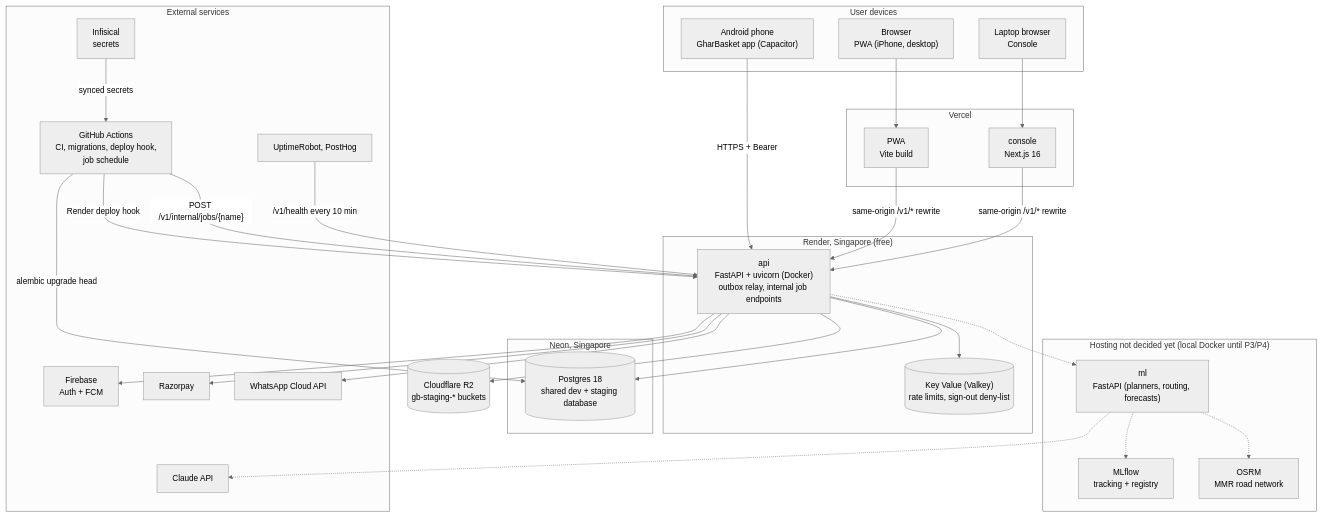
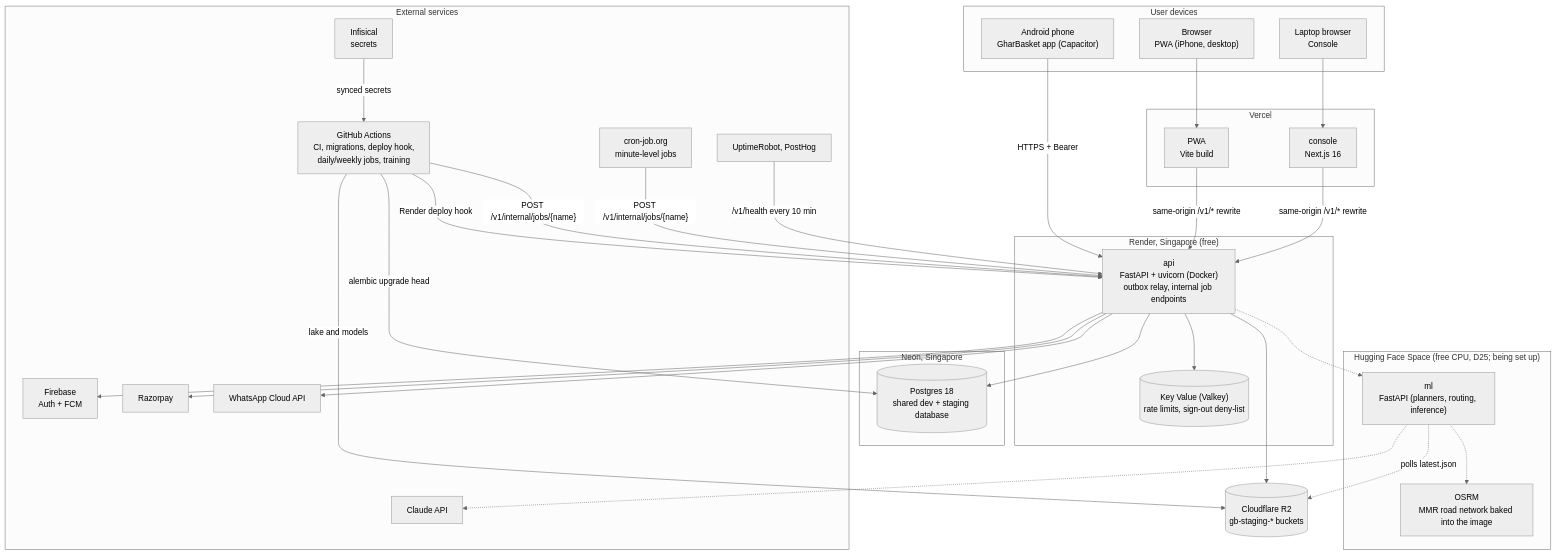
The diagram in docs/handbook/12-deployment-and-operations.md (prelekar7/GharBasket), drawn with Mermaid (neutral theme) before and after one commit. The commit also changed other lines of this file and 16 other files, not shown here.

````diff
--- a/docs/handbook/12-deployment-and-operations.md
+++ b/docs/handbook/12-deployment-and-operations.md
@@ -15,61 +16,63 @@
 ```mermaid
 flowchart TB
     subgraph DEV["User devices"]
         PH["Android phone<br/>GharBasket app (Capacitor)"]
         PWA["Browser<br/>PWA (iPhone, desktop)"]
         ADM["Laptop browser<br/>Console"]
     end
 
     subgraph VERCEL["Vercel"]
         WPWA["PWA<br/>Vite build"]
         CON["console<br/>Next.js 16"]
     end
 
     subgraph RENDER["Render, Singapore (free)"]
         API["api<br/>FastAPI + uvicorn (Docker)<br/>outbox relay, internal job endpoints"]
         VK[("Key Value (Valkey)<br/>rate limits, sign-out deny-list")]
     end
 
     subgraph NEON["Neon, Singapore"]
         PG[("Postgres 18<br/>shared dev + staging database")]
     end
 
     R2[("Cloudflare R2<br/>gb-staging-* buckets")]
 
-    subgraph LATER["Hosting not decided yet (local Docker until P3/P4)"]
-        MLS["ml<br/>FastAPI (planners, routing, forecasts)"]
-        MLF["MLflow<br/>tracking + registry"]
-        OS["OSRM<br/>MMR road network"]
+    subgraph HFS["Hugging Face Space (free CPU, D25; being set up)"]
+        MLS["ml<br/>FastAPI (planners, routing, inference)"]
+        OS["OSRM<br/>MMR road network baked into the image"]
     end
 
     subgraph EXT["External services"]
         FB["Firebase<br/>Auth + FCM"]
         RZ["Razorpay"]
         WA["WhatsApp Cloud API"]
         CL["Claude API"]
-        GH["GitHub Actions<br/>CI, migrations, deploy hook,<br/>job schedule"]
+        GH["GitHub Actions<br/>CI, migrations, deploy hook,<br/>daily/weekly jobs, training"]
+        CJ["cron-job.org<br/>minute-level jobs"]
         INF["Infisical<br/>secrets"]
         OBS["UptimeRobot, PostHog"]
     end
 
     PH -->|"HTTPS + Bearer"| API
     PWA --> WPWA
     ADM --> CON
     WPWA -->|"same-origin /v1/* rewrite"| API
     CON -->|"same-origin /v1/* rewrite"| API
     API --> PG
     API --> VK
     API --> R2
     API -.-> MLS
     MLS -.-> OS
-    MLS -.-> MLF
+    MLS -.->|"polls latest.json"| R2
     API --> FB
     API --> WA
     API --> RZ
     MLS -.-> CL
     INF -->|"synced secrets"| GH
     GH -->|"alembic upgrade head"| PG
     GH -->|"Render deploy hook"| API
     GH -->|"POST /v1/internal/jobs/{name}"| API
+    CJ -->|"POST /v1/internal/jobs/{name}"| API
+    GH -->|"lake and models"| R2
     OBS -->|"/v1/health every 10 min"| API
 ```
````
